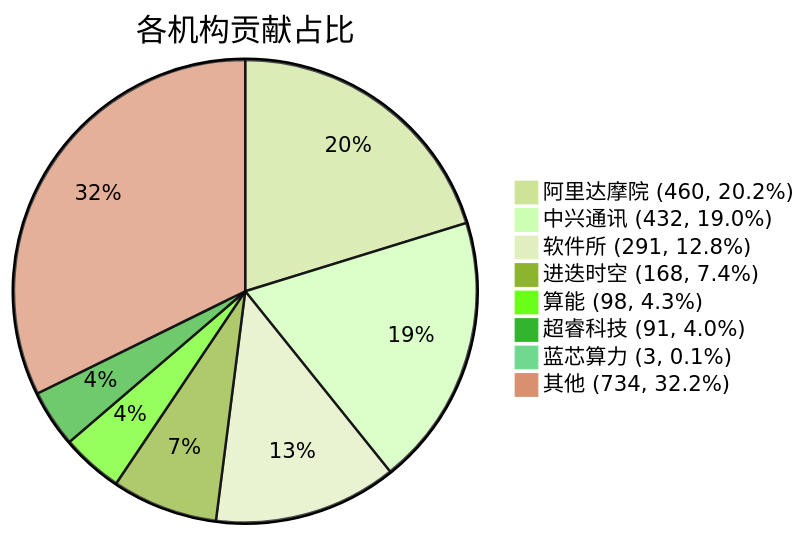
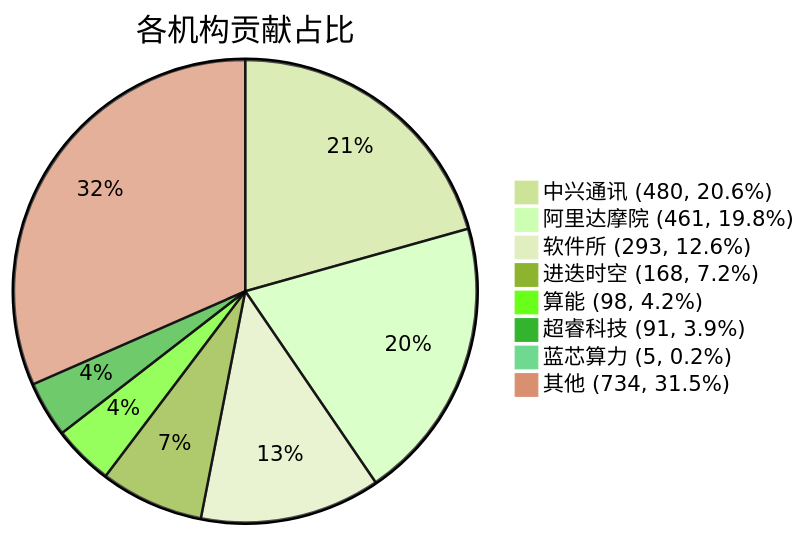
One commit to RVCK-Project/rvck changed the diagram in docs/index.md. Above: the diagram before and after it, drawn with Mermaid (forest theme). The commit also changed other lines of this file and 24 other files, not shown here.

````diff
--- a/docs/index.md
+++ b/docs/index.md
@@ -40,11 +40,11 @@
 ```mermaid
 pie title 各机构贡献占比
-    "阿里达摩院 (460, 20.2%)" : 460
-    "中兴通讯 (432, 19.0%)" : 432
-    "软件所 (291, 12.8%)" : 291
-    "进迭时空 (168, 7.4%)" : 168
-    "算能 (98, 4.3%)" : 98
-    "超睿科技 (91, 4.0%)" : 91
-    "蓝芯算力 (3, 0.1%)" : 3
-    "其他 (734, 32.2%)" : 734
+    "中兴通讯 (480, 20.6%)" : 480
+    "阿里达摩院 (461, 19.8%)" : 461
+    "软件所 (293, 12.6%)" : 293
+    "进迭时空 (168, 7.2%)" : 168
+    "算能 (98, 4.2%)" : 98
+    "超睿科技 (91, 3.9%)" : 91
+    "蓝芯算力 (5, 0.2%)" : 5
+    "其他 (734, 31.5%)" : 734
 ```
````
